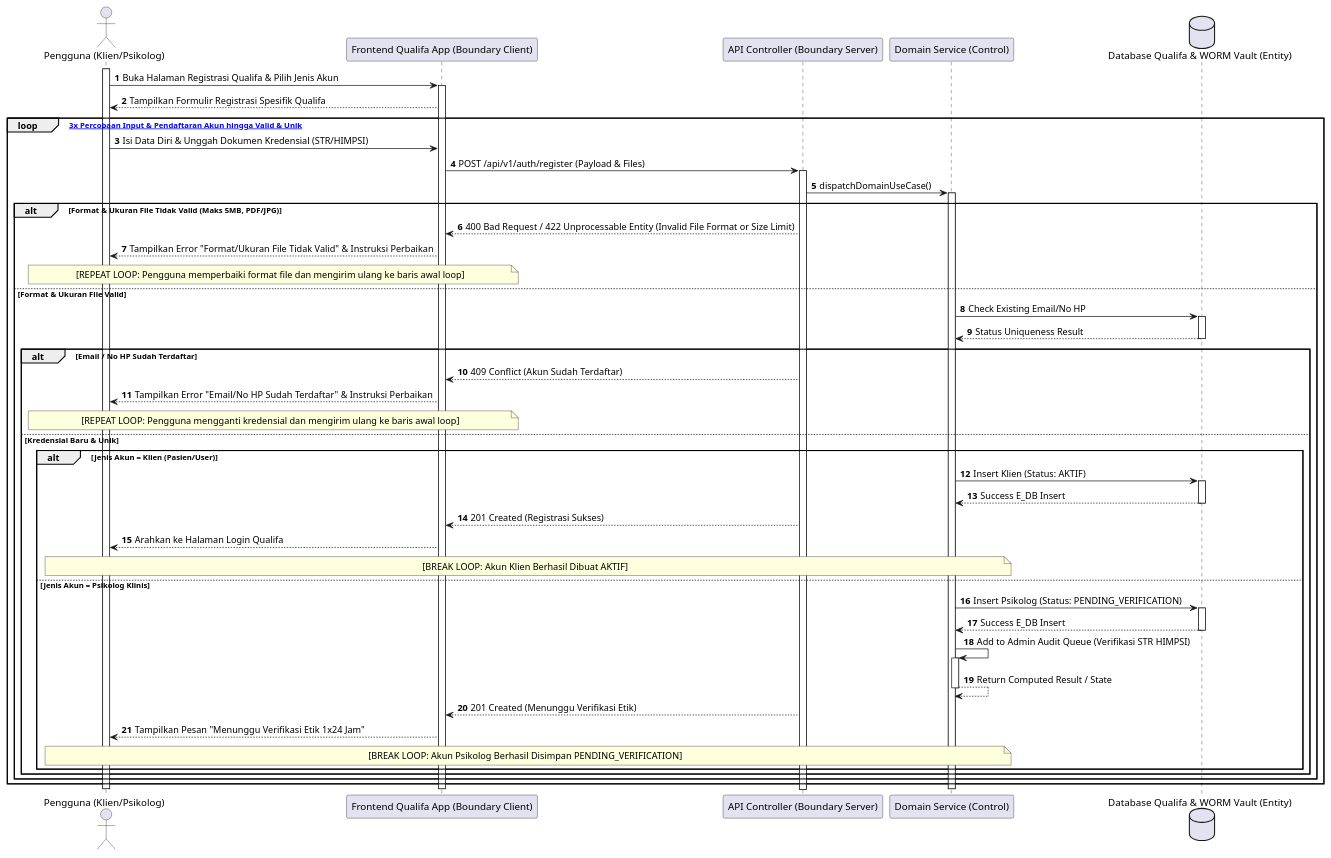
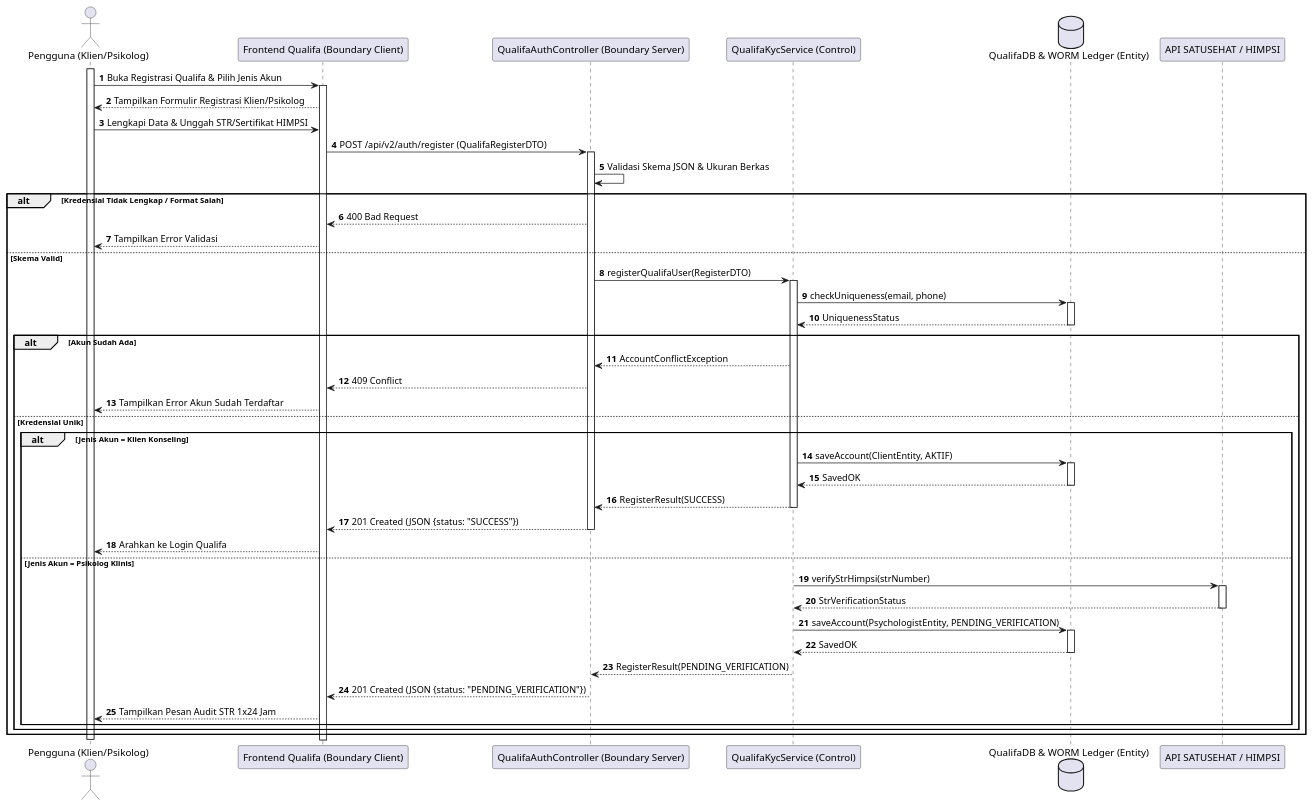
One commit to tupperwureism/SuperApp-Gagal changed diagram 17 of 28 in MarkDown/plantuml_sequence_diagrams.md. Above: the diagram before and after it, drawn with PlantUML. The commit also changed other lines of this file and 1 other file, not shown here.

Commit message:
fix(sequence-diagrams): regenerate all 28 Sequence Diagrams with deterministic hand-crafted 5-Lifeline BCE flows

````diff
--- a/MarkDown/plantuml_sequence_diagrams.md
+++ b/MarkDown/plantuml_sequence_diagrams.md
@@ -1120,54 +679,50 @@
 ```plantuml
 @startuml
 autonumber
 actor "Pengguna (Klien/Psikolog)" as User
-participant "Frontend Qualifa App (Boundary Client)" as B_FE
-participant "API Controller (Boundary Server)" as B_BE
-participant "Domain Service (Control)" as C_Svc
-participant "Backend Independen Qualifa" as C_Svc
-database "Database Qualifa & WORM Vault (Entity)" as E_DB
+participant "Frontend Qualifa (Boundary Client)" as B_FE
+participant "QualifaAuthController (Boundary Server)" as B_BE
+participant "QualifaKycService (Control)" as C_Svc
+database "QualifaDB & WORM Ledger (Entity)" as E_DB
+participant "API SATUSEHAT / HIMPSI" as Ext
 
 activate User
-User -> B_FE ++ : Buka Halaman Registrasi Qualifa & Pilih Jenis Akun
-B_FE --> User : Tampilkan Formulir Registrasi Spesifik Qualifa
-loop [Maksimal 3x Percobaan Input & Pendaftaran Akun hingga Valid & Unik]
-    User -> B_FE : Isi Data Diri & Unggah Dokumen Kredensial (STR/HIMPSI)
-    B_FE -> B_BE ++ : POST /api/v1/auth/register (Payload & Files)
-    B_BE -> C_Svc ++ : dispatchDomainUseCase()
+User -> B_FE ++ : Buka Registrasi Qualifa & Pilih Jenis Akun
+B_FE --> User : Tampilkan Formulir Registrasi Klien/Psikolog
+User -> B_FE : Lengkapi Data & Unggah STR/Sertifikat HIMPSI
+B_FE -> B_BE ++ : POST /api/v2/auth/register (QualifaRegisterDTO)
+B_BE -> B_BE : Validasi Skema JSON & Ukuran Berkas
 
-    alt Format & Ukuran File Tidak Valid (Maks 5MB, PDF/JPG)
-        B_BE --> B_FE : 400 Bad Request / 422 Unprocessable Entity (Invalid File Format or Size Limit)
-        B_FE --> User : Tampilkan Error "Format/Ukuran File Tidak Valid" & Instruksi Perbaikan
-        note over User, B_FE : [REPEAT LOOP: Pengguna memperbaiki format file dan mengirim ulang ke baris awal loop]
-    else Format & Ukuran File Valid
-        C_Svc -> E_DB ++ : Check Existing Email/No HP
-        E_DB --> C_Svc -- : Status Uniqueness Result
+alt Kredensial Tidak Lengkap / Format Salah
+    B_BE --> B_FE : 400 Bad Request
+    B_FE --> User : Tampilkan Error Validasi
+else Skema Valid
+    B_BE -> C_Svc ++ : registerQualifaUser(RegisterDTO)
+    C_Svc -> E_DB ++ : checkUniqueness(email, phone)
+    E_DB --> C_Svc -- : UniquenessStatus
 
-        alt Email / No HP Sudah Terdaftar
-            B_BE --> B_FE : 409 Conflict (Akun Sudah Terdaftar)
-            B_FE --> User : Tampilkan Error "Email/No HP Sudah Terdaftar" & Instruksi Perbaikan
-            note over User, B_FE : [REPEAT LOOP: Pengguna mengganti kredensial dan mengirim ulang ke baris awal loop]
-        else Kredensial Baru & Unik
-            alt Jenis Akun = Klien (Pasien/User)
-                C_Svc -> E_DB ++ : Insert Klien (Status: AKTIF)
-                E_DB --> C_Svc -- : Success E_DB Insert
-                B_BE --> B_FE : 201 Created (Registrasi Sukses)
-                B_FE --> User : Arahkan ke Halaman Login Qualifa
-                note over User, C_Svc : [BREAK LOOP: Akun Klien Berhasil Dibuat AKTIF]
-            else Jenis Akun = Psikolog Klinis
-                C_Svc -> E_DB ++ : Insert Psikolog (Status: PENDING_VERIFICATION)
-                E_DB --> C_Svc -- : Success E_DB Insert
-                C_Svc -> C_Svc ++ : Add to Admin Audit Queue (Verifikasi STR HIMPSI)
-                C_Svc --> C_Svc -- : Return Computed Result / State
-                B_BE --> B_FE : 201 Created (Menunggu Verifikasi Etik)
-                B_FE --> User : Tampilkan Pesan "Menunggu Verifikasi Etik 1x24 Jam"
-                note over User, C_Svc : [BREAK LOOP: Akun Psikolog Berhasil Disimpan PENDING_VERIFICATION]
-            end
+    alt Akun Sudah Ada
+        C_Svc --> B_BE : AccountConflictException
+        B_BE --> B_FE : 409 Conflict
+        B_FE --> User : Tampilkan Error Akun Sudah Terdaftar
+    else Kredensial Unik
+        alt Jenis Akun = Klien Konseling
+            C_Svc -> E_DB ++ : saveAccount(ClientEntity, AKTIF)
+            E_DB --> C_Svc -- : SavedOK
+            C_Svc --> B_BE -- : RegisterResult(SUCCESS)
+            B_BE --> B_FE -- : 201 Created (JSON {status: "SUCCESS"})
+            B_FE --> User : Arahkan ke Login Qualifa
+        else Jenis Akun = Psikolog Klinis
+            C_Svc -> Ext ++ : verifyStrHimpsi(strNumber)
+            Ext --> C_Svc -- : StrVerificationStatus
+            C_Svc -> E_DB ++ : saveAccount(PsychologistEntity, PENDING_VERIFICATION)
+            E_DB --> C_Svc -- : SavedOK
+            C_Svc --> B_BE -- : RegisterResult(PENDING_VERIFICATION)
+            B_BE --> B_FE -- : 201 Created (JSON {status: "PENDING_VERIFICATION"})
+            B_FE --> User : Tampilkan Pesan Audit STR 1x24 Jam
         end
     end
 end
-deactivate C_Svc
-deactivate B_FE
 deactivate User
 @enduml
 ```
````
